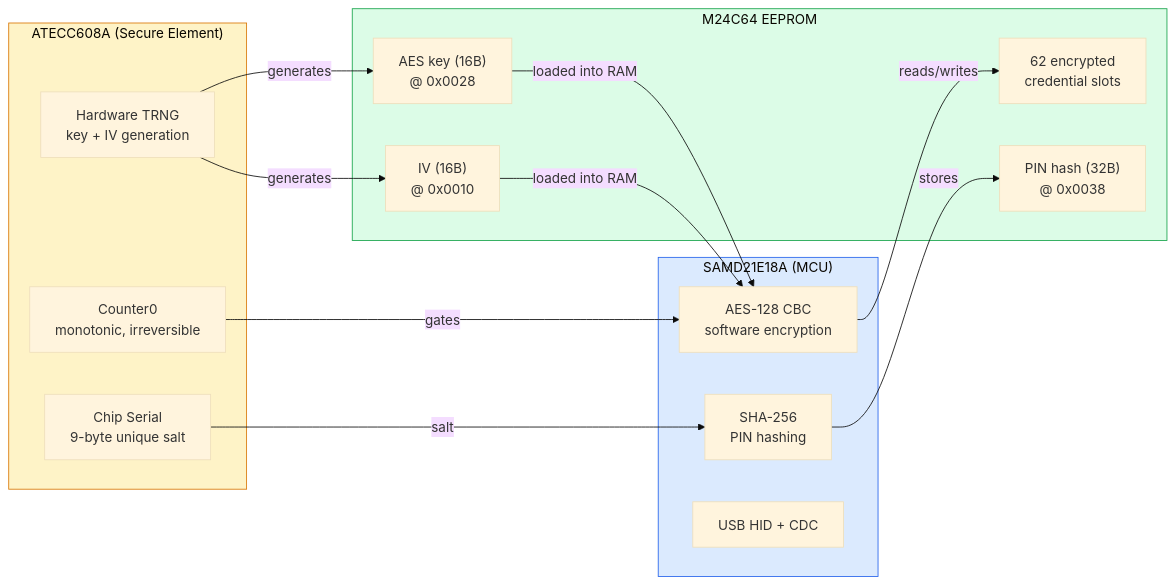
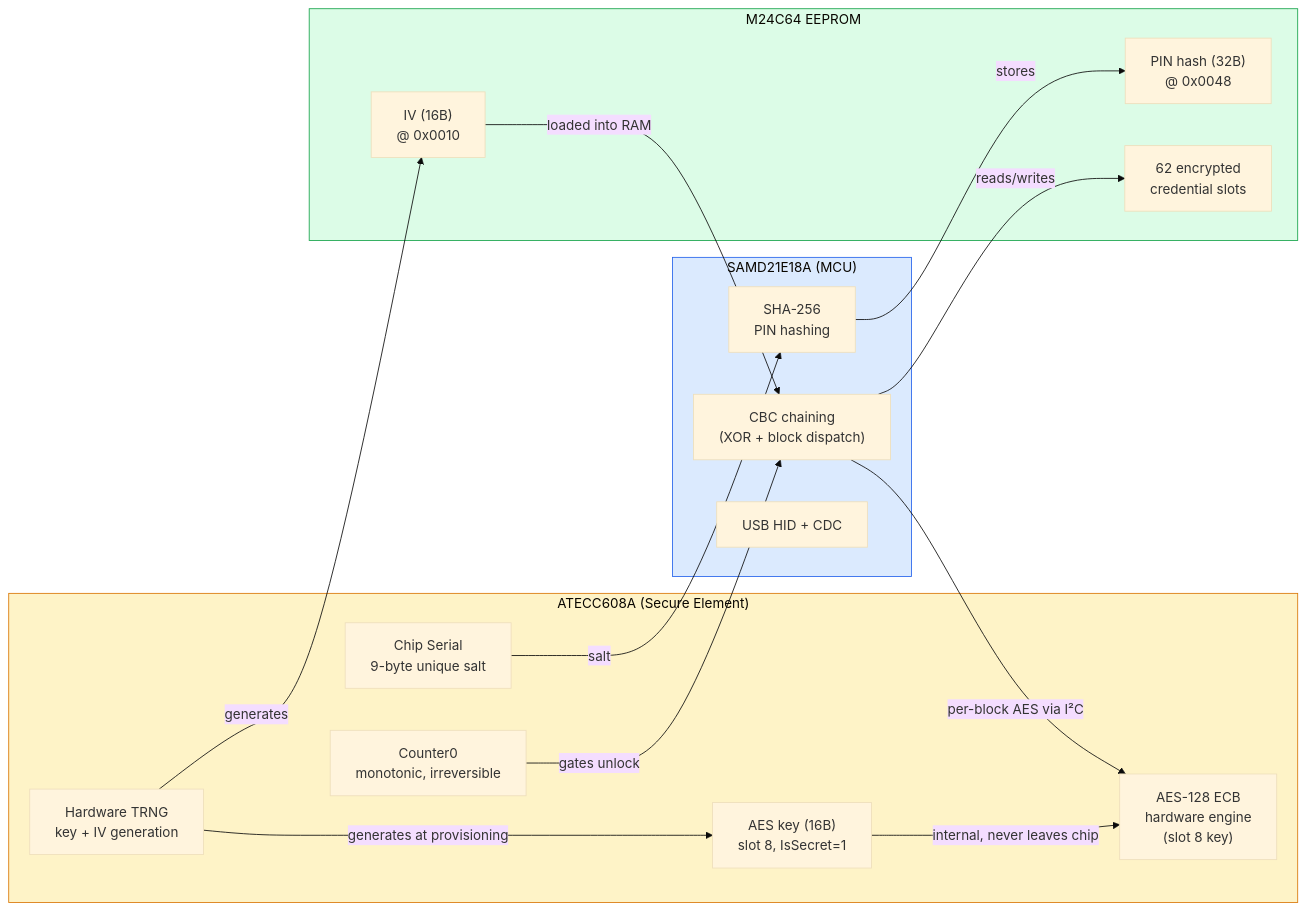
Before and after one commit to Depbit-lab/docsZerokeyUSB: the first of 2 diagrams in firmware/security/index.mdx, drawn with Mermaid (base theme). The commit also changed other lines of this file and 41 other files, not shown here.

````diff
--- a/firmware/security/index.mdx
+++ b/firmware/security/index.mdx
@@ -19,34 +19,36 @@
 ```mermaid
 graph LR
     subgraph MCU["SAMD21E18A (MCU)"]
-        AES["AES-128 CBC\nsoftware encryption"]
+        CBC["CBC chaining\n(XOR + block dispatch)"]
         SHA["SHA-256\nPIN hashing"]
         USB["USB HID + CDC"]
     end
 
     subgraph SE["ATECC608A (Secure Element)"]
         TRNG["Hardware TRNG\nkey + IV generation"]
+        AESHW["AES-128 ECB\nhardware engine\n(slot 8 key)"]
+        KEY["AES key (16B)\nslot 8, IsSecret=1"]
         CNT["Counter0\nmonotonic, irreversible"]
         SER["Chip Serial\n9-byte unique salt"]
     end
 
     subgraph MEM["M24C64 EEPROM"]
-        KEY["AES key (16B)\n@ 0x0028"]
         IV["IV (16B)\n@ 0x0010"]
-        HASH["PIN hash (32B)\n@ 0x0038"]
+        HASH["PIN hash (32B)\n@ 0x0048"]
         CRED["62 encrypted\ncredential slots"]
     end
 
-    TRNG -->|"generates"| KEY
+    TRNG -->|"generates at provisioning"| KEY
+    KEY -->|"internal, never leaves chip"| AESHW
     TRNG -->|"generates"| IV
     SER -->|"salt"| SHA
     SHA -->|"stores"| HASH
-    CNT -->|"gates"| AES
-    KEY -->|"loaded into RAM"| AES
-    IV -->|"loaded into RAM"| AES
-    AES -->|"reads/writes"| CRED
+    CNT -->|"gates unlock"| CBC
+    IV -->|"loaded into RAM"| CBC
+    CBC -->|"per-block AES via I²C"| AESHW
+    CBC -->|"reads/writes"| CRED
 
     style MCU fill:#dbeafe,stroke:#2563eb
     style SE fill:#fef3c7,stroke:#d97706
     style MEM fill:#dcfce7,stroke:#16a34a
 ```
````
